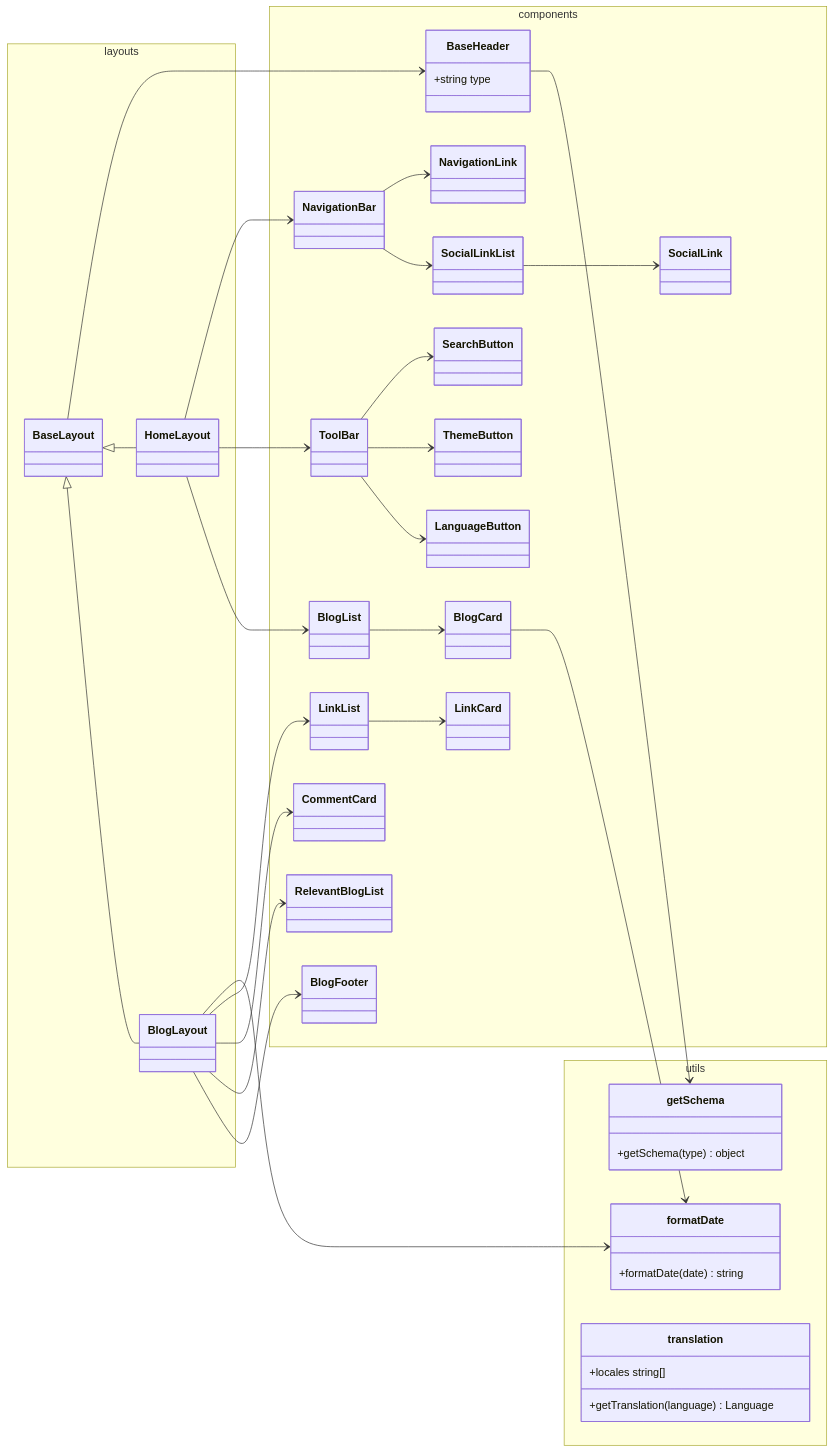
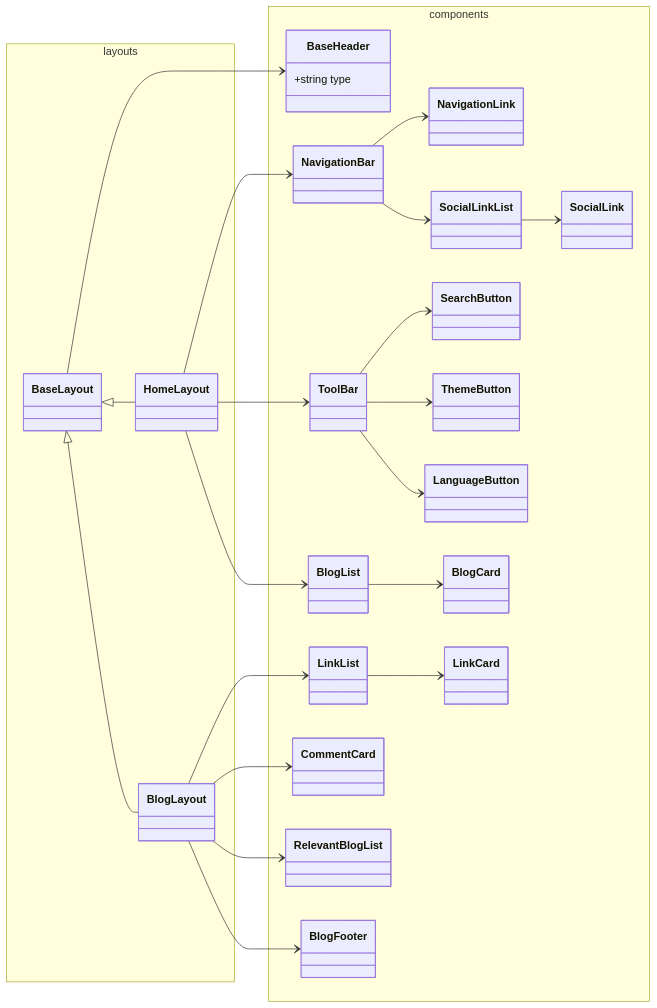
Before and after one commit to TheJiahao/TheJiahao.github.io: the first of 2 diagrams in docs/architecture.md, drawn with Mermaid. The commit also changed other lines of this file, not shown here.

Commit message:
docs(architecture): Separate utils modules
Too many connections

````diff
--- a/docs/architecture.md
+++ b/docs/architecture.md
@@ -5,72 +5,55 @@
 ```mermaid
 classDiagram
 direction LR
 BaseLayout --> BaseHeader
 BaseLayout <|-- HomeLayout
 BaseLayout <|-- BlogLayout
 
-BaseHeader --> getSchema
-
 HomeLayout --> NavigationBar
 HomeLayout --> ToolBar
 HomeLayout --> BlogList
 
-BlogLayout --> formatDate
 BlogLayout --> LinkList
 BlogLayout --> CommentCard
 BlogLayout --> RelevantBlogList
 BlogLayout --> BlogFooter
 
 LinkList --> LinkCard
 
 BlogList --> BlogCard
-BlogCard --> formatDate
 
 NavigationBar --> NavigationLink
 NavigationBar --> SocialLinkList
 SocialLinkList --> SocialLink
 
 ToolBar --> SearchButton
 ToolBar --> ThemeButton
 ToolBar --> LanguageButton
 
 namespace layouts {
     class HomeLayout
     class BlogLayout
     class BaseLayout
 }
 
 namespace components {
     class ToolBar
     class NavigationBar
     class NavigationLink
     class SocialLink
     class SocialLinkList
     class BlogCard
     class BlogList
     class LinkCard
     class LinkList
     class CommentCard
     class RelevantBlogList
     class SearchButton
     class ThemeButton
     class LanguageButton
     class BaseHeader {
         +string type
     }
     class BlogFooter
 }
-
-namespace utils {
-    class formatDate {
-        +formatDate(date) string
-    }
-    class getSchema {
-        +getSchema(type) object
-    }
-    class translation {
-        +locales string[]
-        +getTranslation(language) Language
-    }
-}
 ```
````
